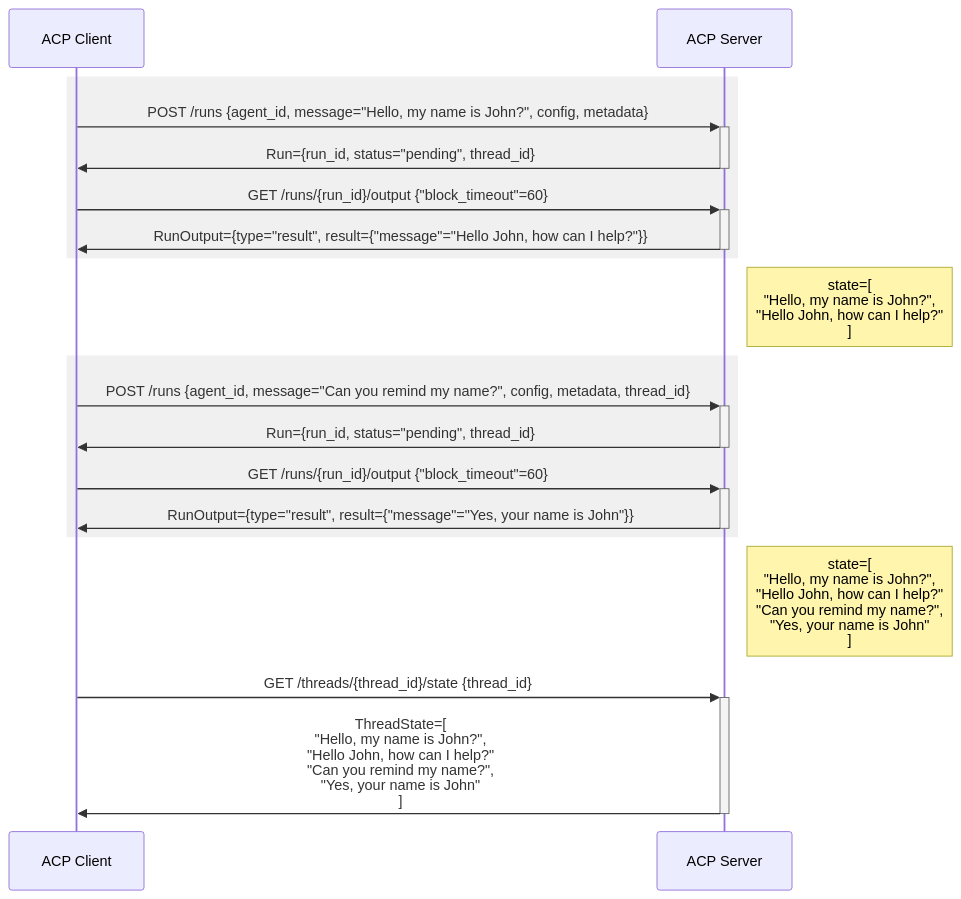
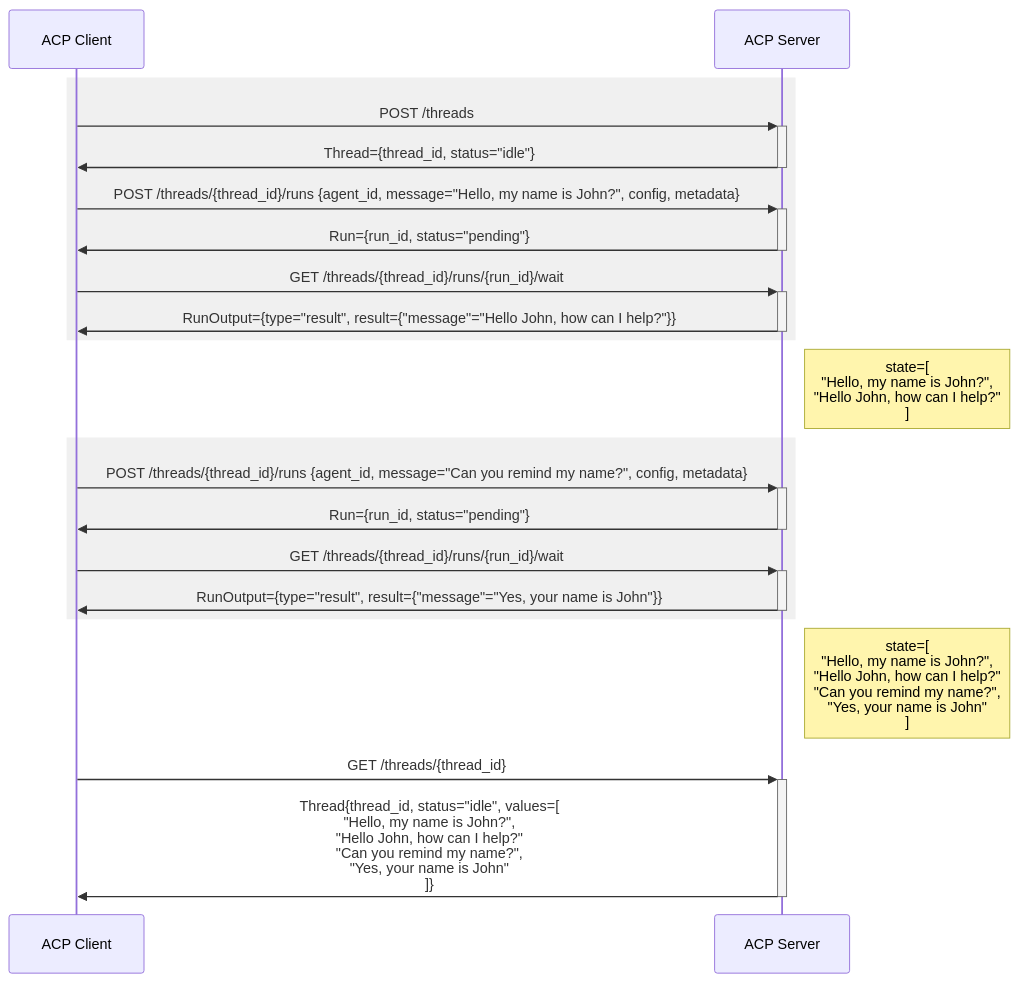
Before and after one commit to agntcy/acp-spec: the eighth of 9 diagrams in docs/README.md, drawn with Mermaid. The commit also changed other lines of this file and 4 other files, not shown here.

````diff
--- a/docs/README.md
+++ b/docs/README.md
@@ -184,21 +186,23 @@
 ```mermaid
 sequenceDiagram
     participant C as ACP Client
     participant S as ACP Server
     rect rgb(240,240,240)
-    C->>+S: POST /runs {agent_id, message="Hello, my name is John?", config, metadata}
-    S->>-C: Run={run_id, status="pending", thread_id}
-    C->>+S: GET /runs/{run_id}/output {"block_timeout"=60}
+    C->>+S: POST /threads
+    S->>-C: Thread={thread_id, status="idle"}
+    C->>+S: POST /threads/{thread_id}/runs {agent_id, message="Hello, my name is John?", config, metadata}
+    S->>-C: Run={run_id, status="pending"}
+    C->>+S: GET /threads/{thread_id}/runs/{run_id}/wait 
     S->>-C: RunOutput={type="result", result={"message"="Hello John, how can I help?"}}
     end
     note right of S: state=[<br/>"Hello, my name is John?",<br/>"Hello John, how can I help?"<br/>]
     rect rgb(240,240,240)
-    C->>+S: POST /runs {agent_id, message="Can you remind my name?", config, metadata, thread_id}
-    S->>-C: Run={run_id, status="pending", thread_id}
-    C->>+S: GET /runs/{run_id}/output {"block_timeout"=60}
+    C->>+S: POST /threads/{thread_id}/runs {agent_id, message="Can you remind my name?", config, metadata}
+    S->>-C: Run={run_id, status="pending"}
+    C->>+S: GET /threads/{thread_id}/runs/{run_id}/wait 
     S->>-C: RunOutput={type="result", result={"message"="Yes, your name is John"}}
     end
     note right of S: state=[<br/>"Hello, my name is John?",<br/>"Hello John, how can I help?"<br/>"Can you remind my name?",<br/>"Yes, your name is John"<br/>]
-    C->>+S: GET /threads/{thread_id}/state {thread_id}
-    S->>-C: ThreadState=[<br/>"Hello, my name is John?",<br/>"Hello John, how can I help?"<br/>"Can you remind my name?",<br/>"Yes, your name is John"<br/>]
+    C->>+S: GET /threads/{thread_id} 
+    S->>-C: Thread{thread_id, status="idle", values=[<br/>"Hello, my name is John?",<br/>"Hello John, how can I help?"<br/>"Can you remind my name?",<br/>"Yes, your name is John"<br/>]}
 ```
````
